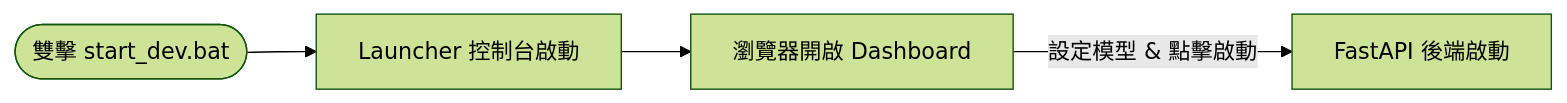
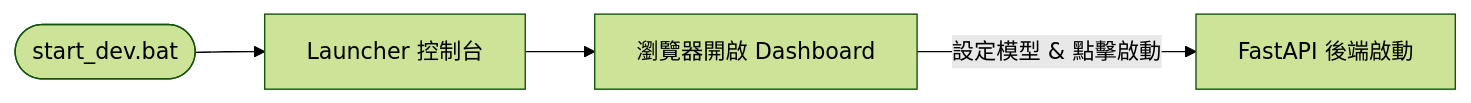
Before and after one commit to Momaomao8787/AIRPG: the second of 2 diagrams in README.md, drawn with Mermaid (forest theme). The commit also changed other lines of this file and 2 other files, not shown here.

````diff
--- a/README.md
+++ b/README.md
@@ -51,6 +56,6 @@
 ```mermaid
 graph LR
-    A([雙擊 start_dev.bat]) --> B[Launcher 控制台啟動]
+    A([start_dev.bat]) --> B[Launcher 控制台]
     B --> C[瀏覽器開啟 Dashboard]
     C -->|設定模型 & 點擊啟動| D[FastAPI 後端啟動]
 ```
````
